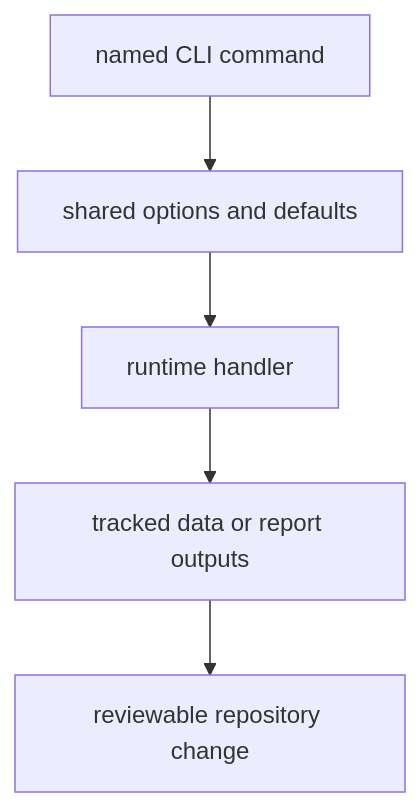
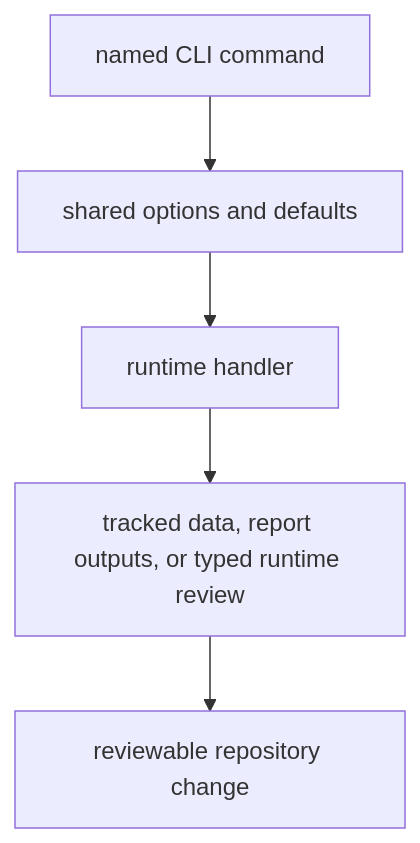
The diagram in docs/01-bijux-pollenomics/interfaces/cli-surface.md (bijux/bijux-pollenomics), drawn with Mermaid before and after one commit. The commit also changed other lines of this file and 2 other files, not shown here.

Commit message:
docs(runtime): document adna command and module boundary

````diff
--- a/docs/01-bijux-pollenomics/interfaces/cli-surface.md
+++ b/docs/01-bijux-pollenomics/interfaces/cli-surface.md
@@ -17,13 +17,13 @@
 ```mermaid
 flowchart TB
     command["named CLI command"]
     options["shared options and defaults"]
     handler["runtime handler"]
-    outputs["tracked data or report outputs"]
+    outputs["tracked data, report outputs, or typed runtime review"]
     review["reviewable repository change"]
 
     command --> options
     options --> handler
     handler --> outputs
     outputs --> review
 ```
````
